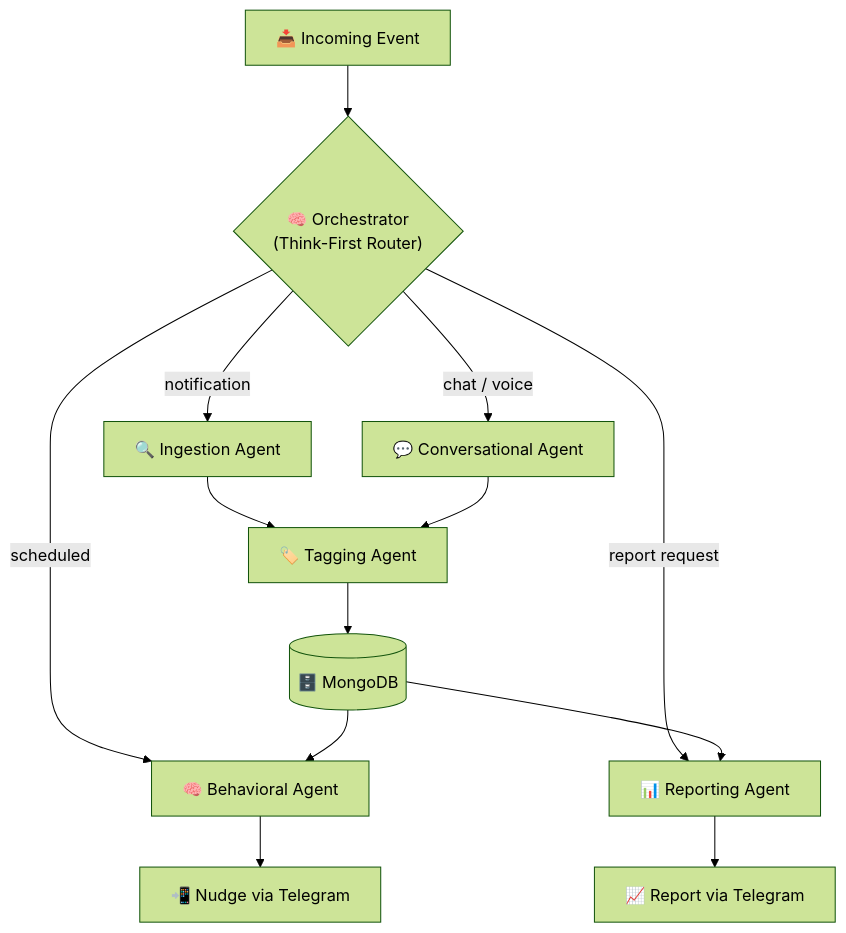
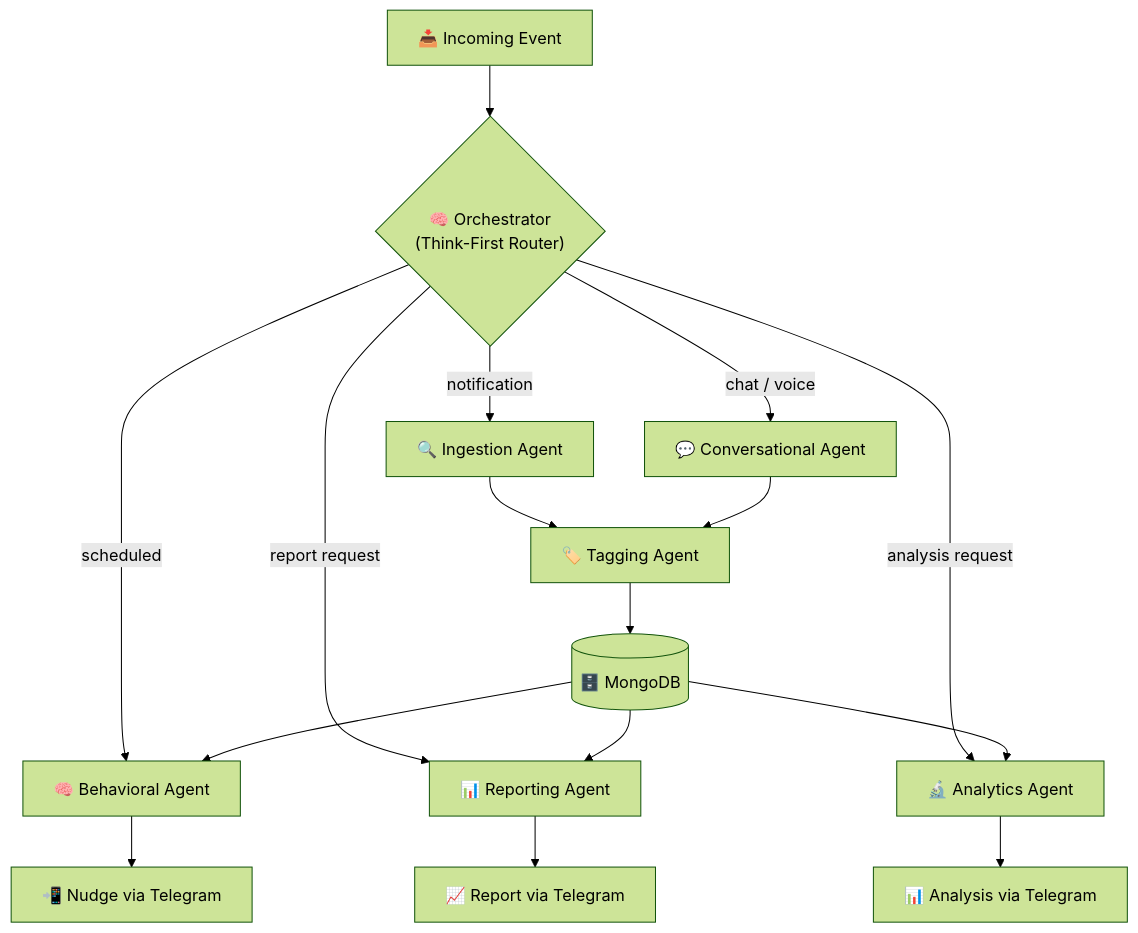
The first of 2 diagrams in docs/AGENTS.md (nqhuy44/chiwi), drawn with Mermaid (forest theme) before and after one commit. The commit also changed other lines of this file and 50 other files, not shown here.

````diff
--- a/docs/AGENTS.md
+++ b/docs/AGENTS.md
@@ -9,18 +9,21 @@
 ```mermaid
 flowchart TD
     INPUT["📥 Incoming Event"] --> ORCH{"🧠 Orchestrator<br/>(Think-First Router)"}
 
     ORCH -->|notification| IA["🔍 Ingestion Agent"]
     ORCH -->|chat / voice| CA["💬 Conversational Agent"]
     ORCH -->|scheduled| BA["🧠 Behavioral Agent"]
     ORCH -->|report request| RA["📊 Reporting Agent"]
+    ORCH -->|analysis request| AA["🔬 Analytics Agent"]
 
     IA --> TA["🏷️ Tagging Agent"]
     CA --> TA
     TA --> DB[("🗄️ MongoDB")]
     DB --> BA
     DB --> RA
+    DB --> AA
 
     BA --> TG_NUDGE["📲 Nudge via Telegram"]
     RA --> TG_REPORT["📈 Report via Telegram"]
+    AA --> TG_ANALYSIS["📊 Analysis via Telegram"]
 ```
````
